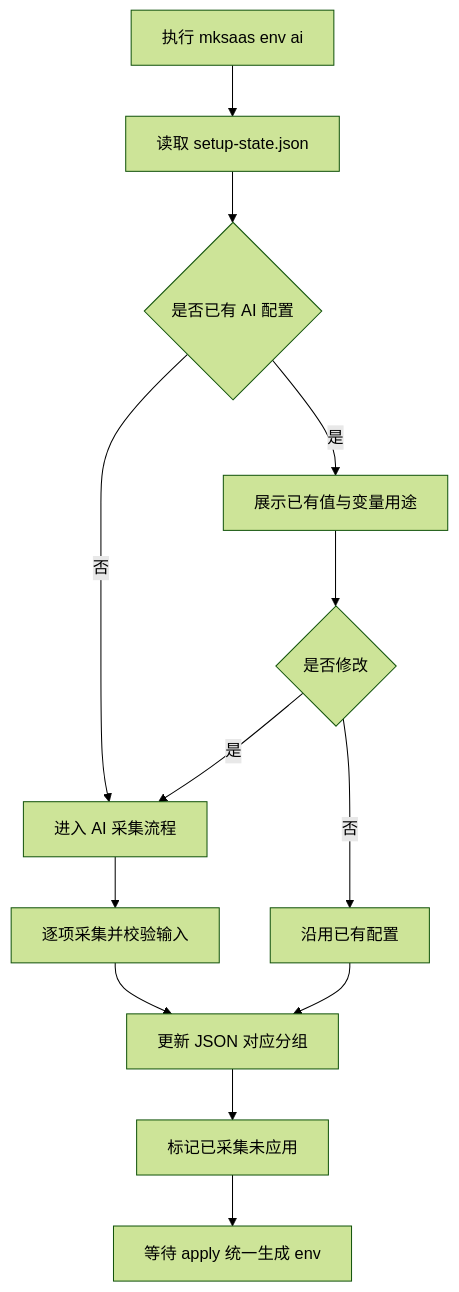
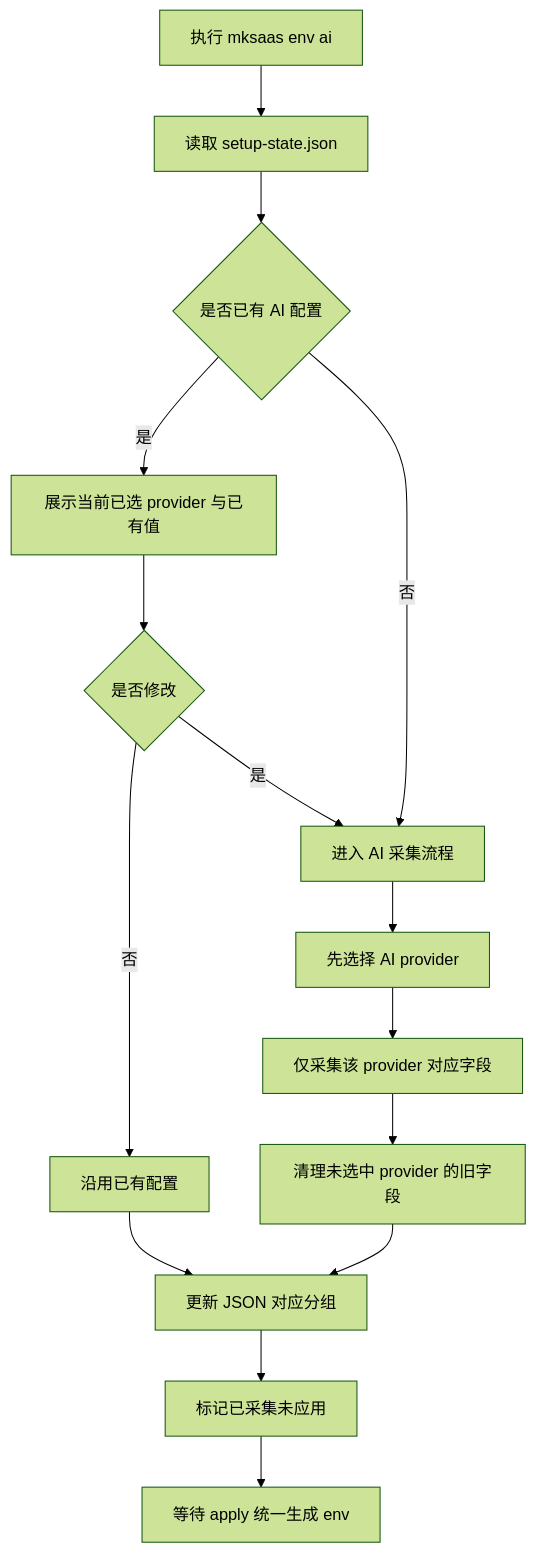
One commit to CaffeineOddity/mksaas_command changed the first of 2 diagrams in docs/steps/03-env-groups/17-ai.md. Above: the diagram before and after it, drawn with Mermaid (forest theme). The commit also changed other lines of this file and 17 other files, not shown here.

First line of the commit message:
feat: apply 生成 .env 带分组注释与组间空行,移除 configurations 分组,analytics 引入 provider 引导

````diff
--- a/docs/steps/03-env-groups/17-ai.md
+++ b/docs/steps/03-env-groups/17-ai.md
@@ -59,15 +60,17 @@
 ```mermaid
 flowchart TD
     A[执行 mksaas env ai] --> B[读取 setup-state.json]
     B --> C{是否已有 AI 配置}
-    C -->|是| D[展示已有值与变量用途]
+    C -->|是| D[展示当前已选 provider 与已有值]
     C -->|否| E[进入 AI 采集流程]
     D --> F{是否修改}
     F -->|否| G[沿用已有配置]
     F -->|是| E
-    E --> H[逐项采集并校验输入]
-    H --> I[更新 JSON 对应分组]
-    G --> I
-    I --> J[标记已采集未应用]
-    J --> K[等待 apply 统一生成 env]
+    E --> H[先选择 AI provider]
+    H --> I[仅采集该 provider 对应字段]
+    I --> J[清理未选中 provider 的旧字段]
+    G --> K[更新 JSON 对应分组]
+    J --> K
+    K --> L[标记已采集未应用]
+    L --> M[等待 apply 统一生成 env]
 ```
````
